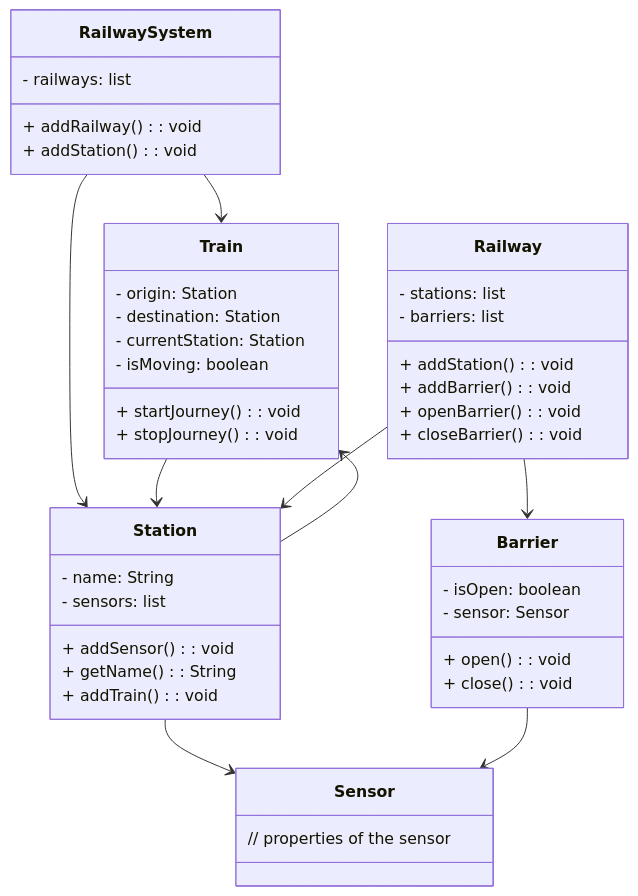
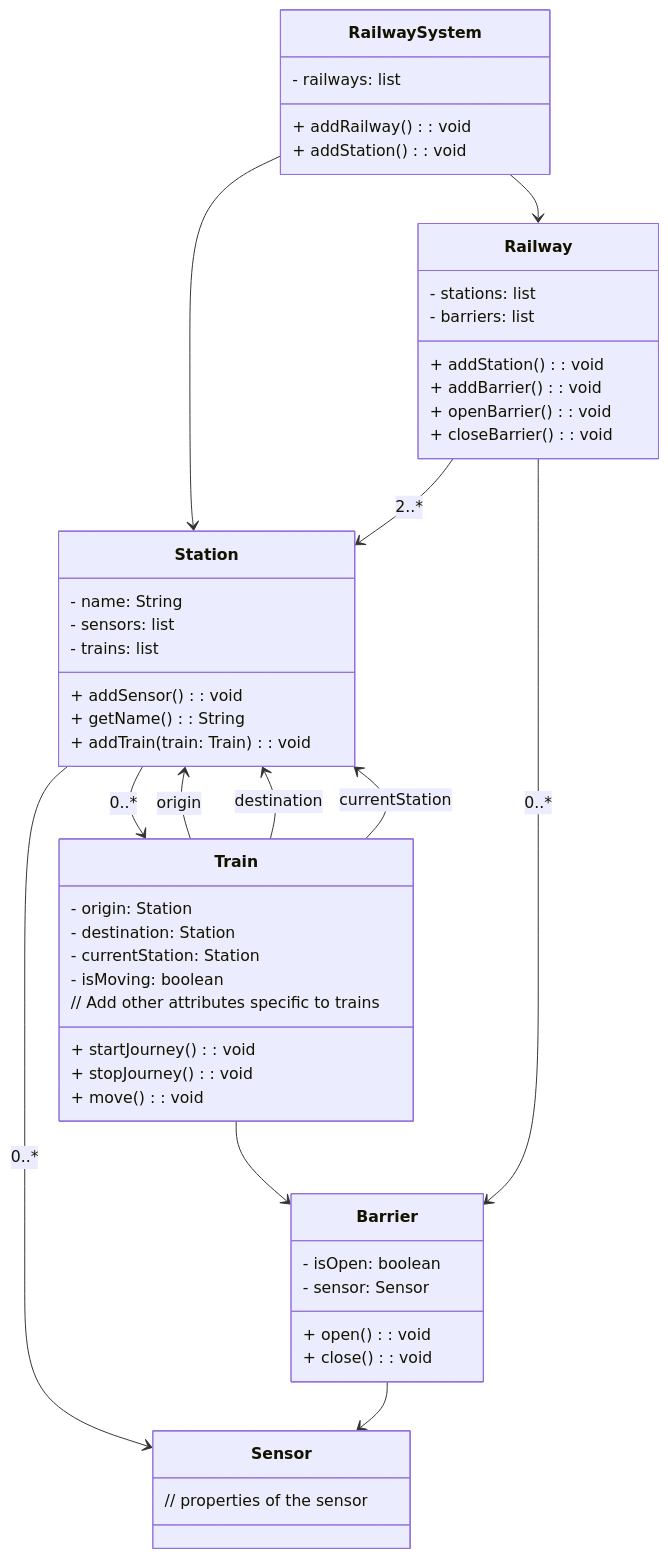
One commit to ROUBAUD-Axel-2225073b/TD3uml changed the fifth of 5 diagrams in README.md. Above: the diagram before and after it, drawn with Mermaid.

````diff
--- a/README.md
+++ b/README.md
@@ -50,54 +50,61 @@
 ```mermaid
 classDiagram
     class RailwaySystem {
         - railways: list<Railway>
         + addRailway(): void
         + addStation(): void
     }
 
     class Train {
         - origin: Station
         - destination: Station
         - currentStation: Station
         - isMoving: boolean
         + startJourney(): void
         + stopJourney(): void
+        + move(): void
+        // Add other attributes specific to trains
     }
 
     class Station {
         - name: String
         - sensors: list<Sensor>
+        - trains: list<Train>
         + addSensor(): void
         + getName(): String
-        + addTrain(): void
+        + addTrain(train: Train): void
     }
 
     class Railway {
         - stations: list<Station>
         - barriers: list<Barrier>
         + addStation(): void
         + addBarrier(): void
         + openBarrier(): void
         + closeBarrier(): void
     }
 
     class Barrier {
         - isOpen: boolean
         - sensor: Sensor
         + open(): void
         + close(): void
     }
 
     class Sensor {
         // properties of the sensor
     }
 
-    RailwaySystem --> Train
+    RailwaySystem --> Railway
     RailwaySystem --> Station
-    Train --> Station
-    Station --> Sensor
-    Station --> Train
-    Railway --> Station
-    Railway --> Barrier
+    Train --> Station: origin
+    Train --> Station: destination
+    Train --> Station: currentStation
+    Train --> Barrier
+    Station --> Sensor: 0..*
+    Station --> Train: 0..*
+    Railway --> Station: 2..*
+    Railway --> Barrier: 0..*
     Barrier --> Sensor
+
 ```
````
